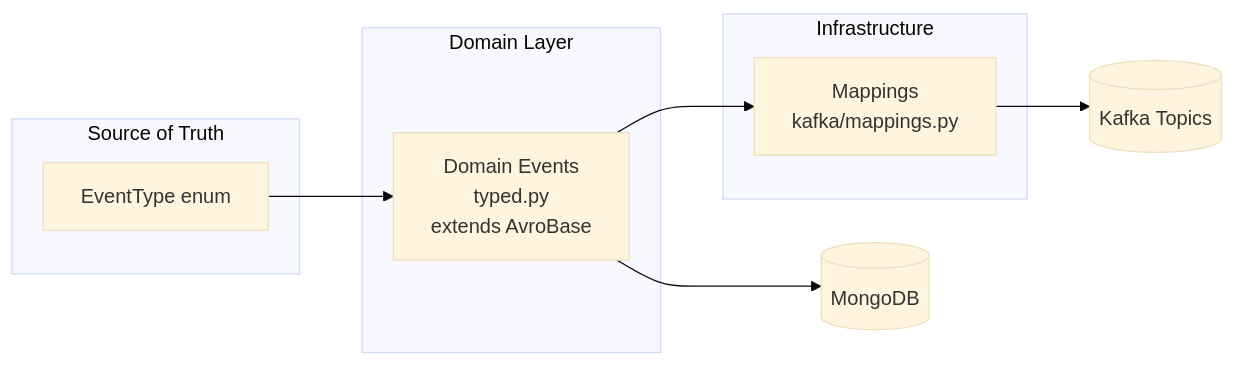
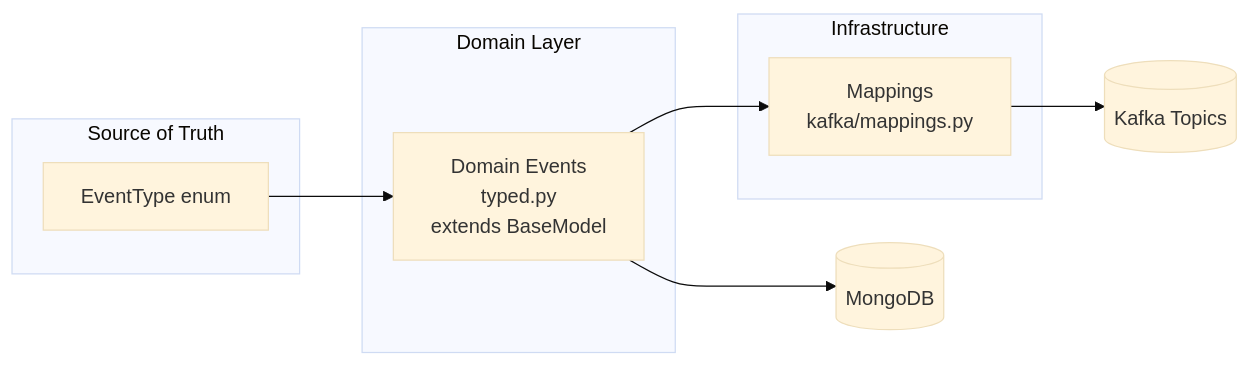
Before and after one commit to HardMax71/Integr8sCode: the first of 3 diagrams in docs/architecture/event-system-design.md, drawn with Mermaid (base theme). The commit also changed other lines of this file and 19 other files, not shown here.

First line of the commit message:
update: removed all schema registry stuff (#139)

````diff
--- a/docs/architecture/event-system-design.md
+++ b/docs/architecture/event-system-design.md
@@ -9,19 +9,19 @@
 ```mermaid
 graph LR
     subgraph "Source of Truth"
         ET[EventType enum]
     end
 
     subgraph "Domain Layer"
-        DE[Domain Events<br/>typed.py<br/>extends AvroBase]
+        DE[Domain Events<br/>typed.py<br/>extends BaseModel]
     end
 
     subgraph "Infrastructure"
         M[Mappings<br/>kafka/mappings.py]
     end
 
     ET --> DE
     DE --> M
     M --> Kafka[(Kafka Topics)]
     DE --> MongoDB[(MongoDB)]
 ```
````
